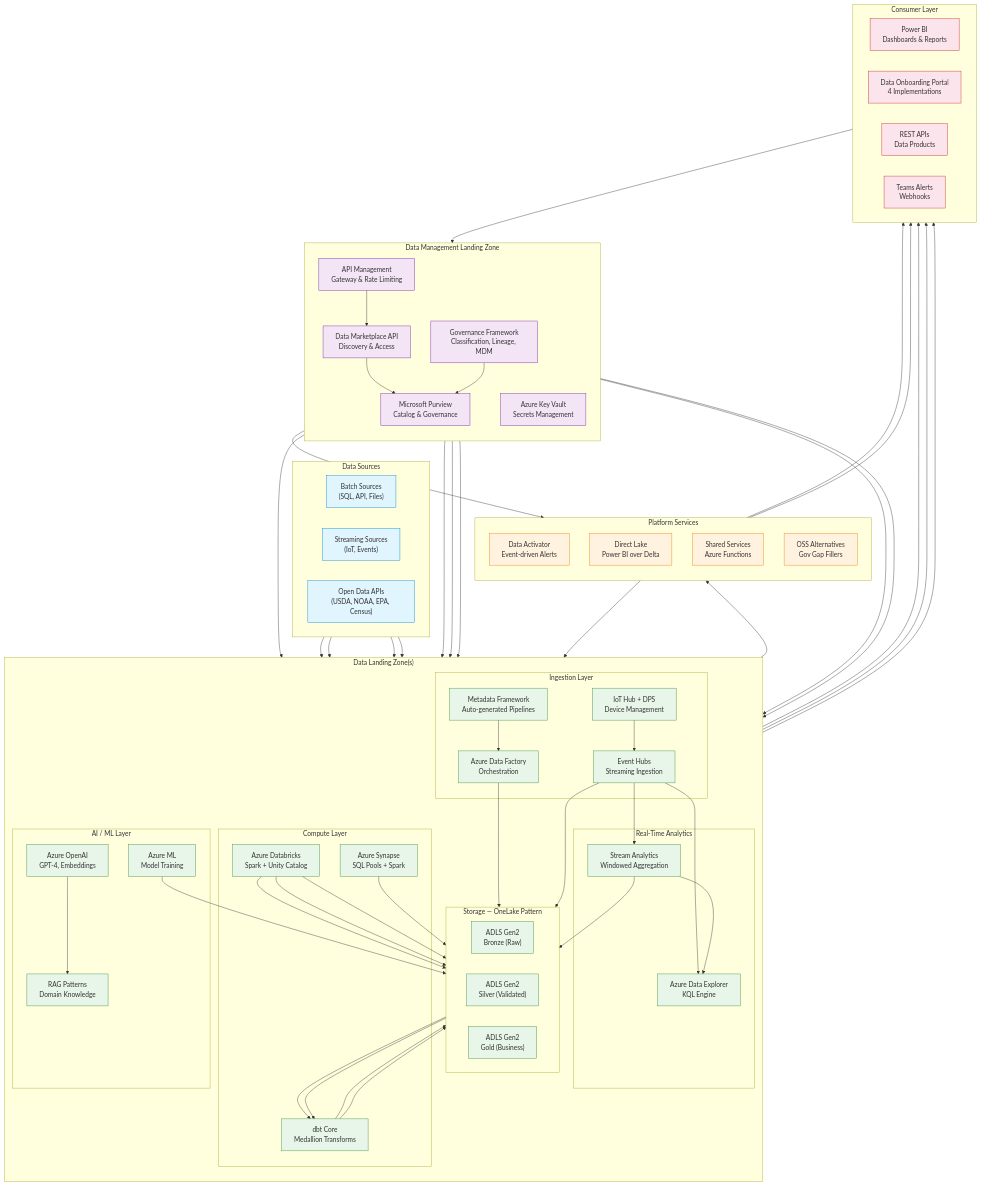
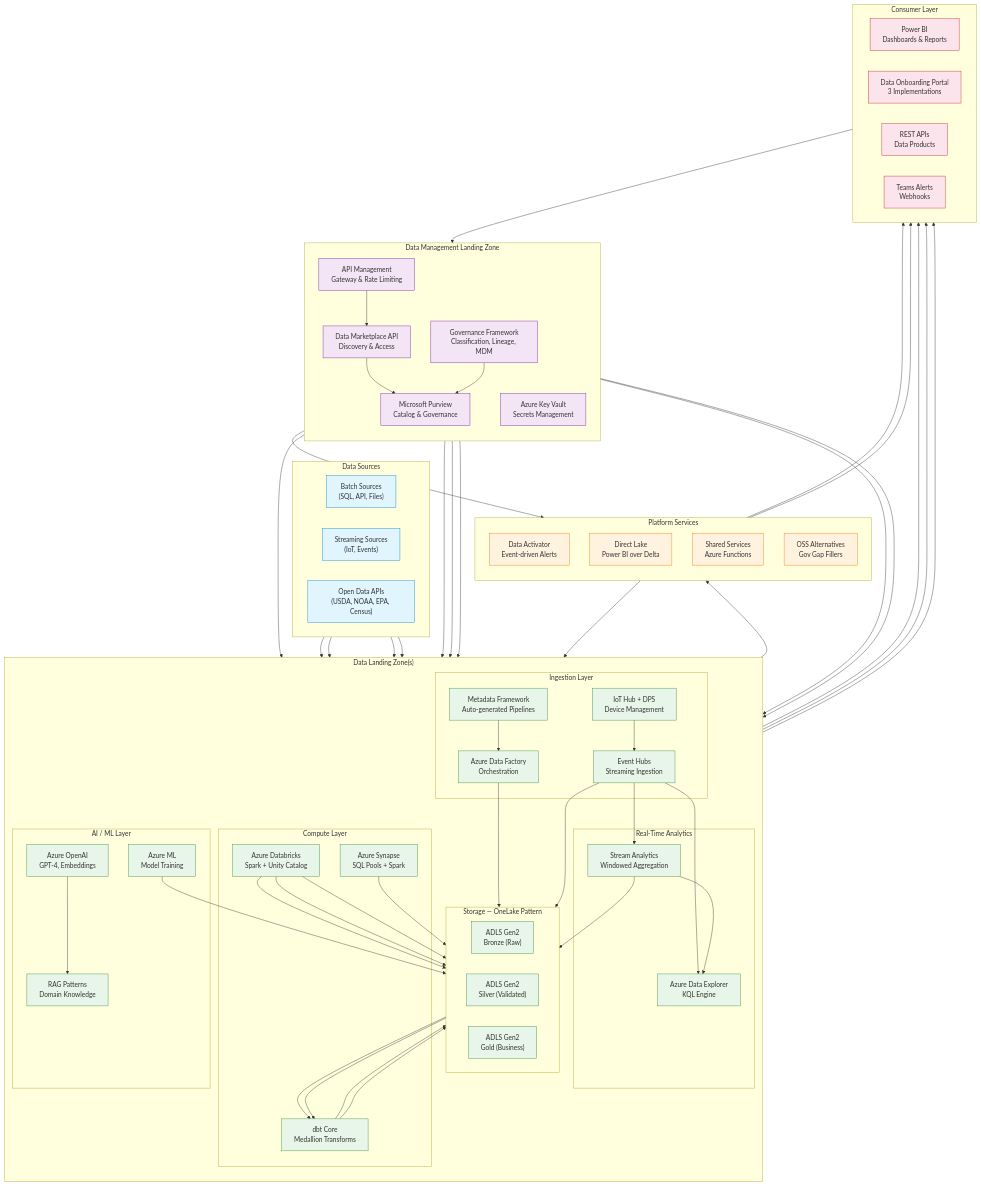
One commit to fgarofalo56/csa-inabox changed the first of 4 diagrams in docs/ARCHITECTURE.md. Above: the diagram before and after it, drawn with Mermaid. The commit also changed other lines of this file and 752 other files, not shown here.

```diff
--- a/docs/ARCHITECTURE.md
+++ b/docs/ARCHITECTURE.md
@@ -103,7 +103,7 @@
     subgraph Consumers["Consumer Layer"]
         direction LR
         PowerBI["Power BI<br/>Dashboards &amp; Reports"]
-        Portal["Data Onboarding Portal<br/>4 Implementations"]
+        Portal["Data Onboarding Portal<br/>3 Implementations"]
         APIs["REST APIs<br/>Data Products"]
         Teams["Teams Alerts<br/>Webhooks"]
     end
```
